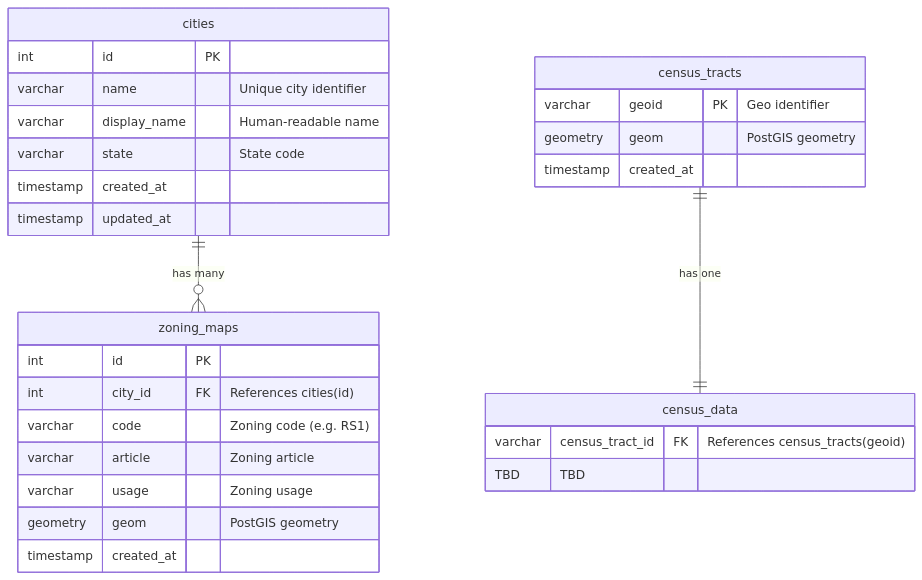
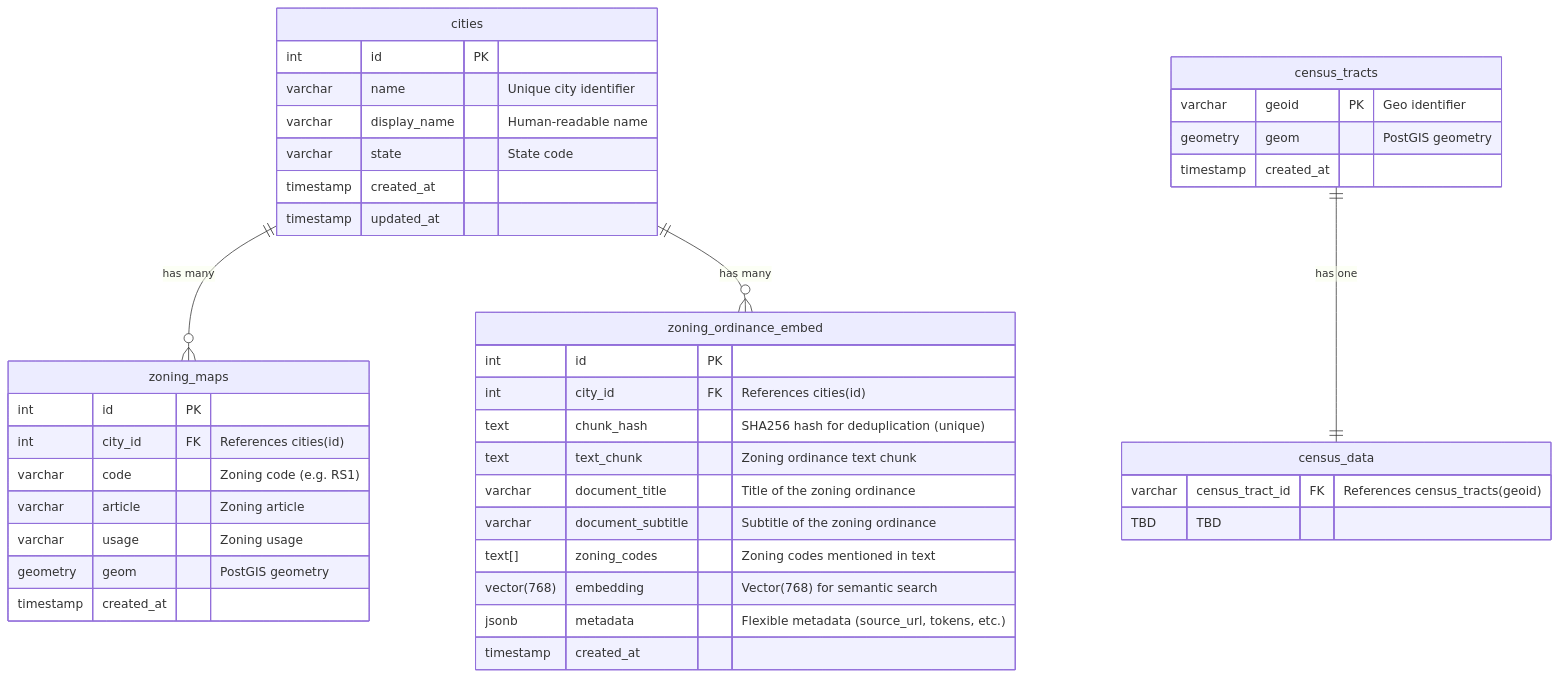
Before and after one commit to a2as-team/ac215_Spatially: the diagram in README.md, drawn with Mermaid. The commit also changed 3 other files, not shown here.

Commit message:
Create a full embedding pipeline for embedding zoning ordinance

````diff
--- a/README.md
+++ b/README.md
@@ -7,35 +7,49 @@
 ```mermaid
 erDiagram
     cities ||--o{ zoning_maps : "has many"
     census_tracts ||--|| census_data : "has one"
+    cities ||--o{ zoning_ordinance_embed : "has many"
 
     cities {
         int id PK
         varchar name "Unique city identifier"
         varchar display_name "Human-readable name"
         varchar state "State code"
         timestamp created_at
         timestamp updated_at
     }
 
     census_tracts {
         varchar geoid PK "Geo identifier"
         geometry geom "PostGIS geometry"
         timestamp created_at
     }
 
     census_data {
         varchar census_tract_id FK "References census_tracts(geoid)"
         TBD TBD 
     }
 
     zoning_maps {
         int id PK
         int city_id FK "References cities(id)"
         varchar code "Zoning code (e.g. RS1)"
         varchar article "Zoning article"
         varchar usage "Zoning usage"
         geometry geom "PostGIS geometry"
         timestamp created_at
     }
+
+    zoning_ordinance_embed {
+        int id PK
+        int city_id FK "References cities(id)"
+        text chunk_hash "SHA256 hash for deduplication (unique)"
+        text text_chunk "Zoning ordinance text chunk"
+        varchar document_title "Title of the zoning ordinance"
+        varchar document_subtitle "Subtitle of the zoning ordinance"
+        text[] zoning_codes "Zoning codes mentioned in text"
+        vector(768) embedding "Vector(768) for semantic search"
+        jsonb metadata "Flexible metadata (source_url, tokens, etc.)"
+        timestamp created_at
+    }
 ```
````
